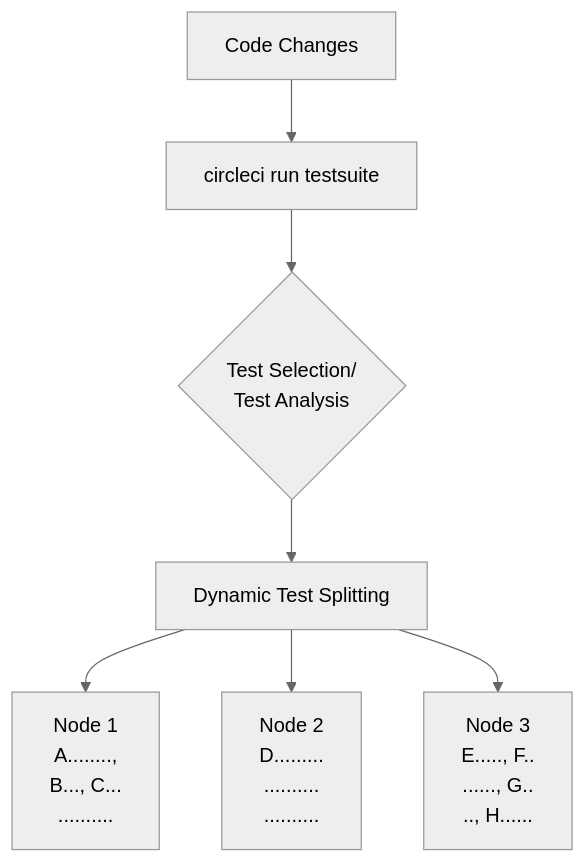
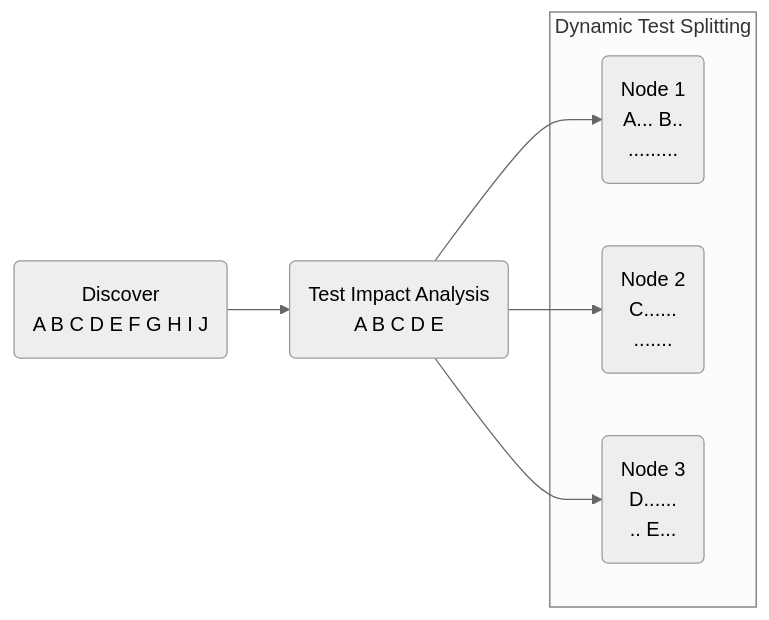
One commit to circleci/circleci-docs changed the diagram in docs/guides/modules/test/pages/smarter-testing.adoc. Above: the diagram before and after it, drawn with Mermaid (neutral theme). The commit also changed other lines of this file, not shown here.

```diff
--- a/docs/guides/modules/test/pages/smarter-testing.adoc
+++ b/docs/guides/modules/test/pages/smarter-testing.adoc
@@ -71,25 +79,14 @@
 [mermaid]
 ----
-graph TD
-    A[Code Changes] --> B[circleci run testsuite]
-    B --> C{
-      Test Selection/
-      Test Analysis}
-    C --> G[Dynamic Test Splitting]
-
-    G --> H[
-      Node 1
-      A........,
-      B..., C...
-      ..........]
-    G --> I[
-      Node 2
-      D.........
-      ..........
-      ..........]
-    G --> J[
-      Node 3
-      E....., F..
-      ......, G..
-      .., H......]
+flowchart LR
+    discover(Discover \n A B C D E F G H I J)
+    discover --> tia(Test Impact Analysis \n A B C D E)
+    tia --> split1(Node 1 \n A... B..\n.........)
+    tia --> split2(Node 2 \n C...... \n .......)
+    tia --> split3(Node 3 \n D...... \n .. E...)
+    subgraph "Dynamic Test Splitting"
+    split1
+    split2
+    split3
+    end
 ----
```
